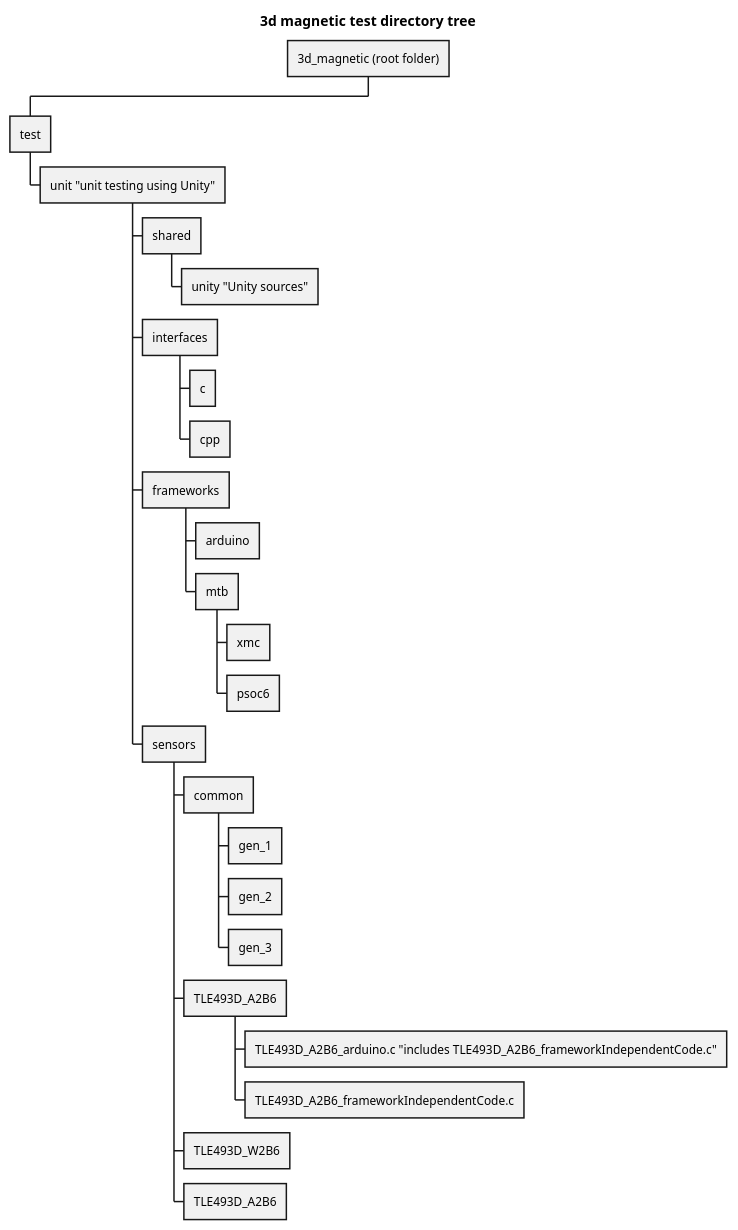
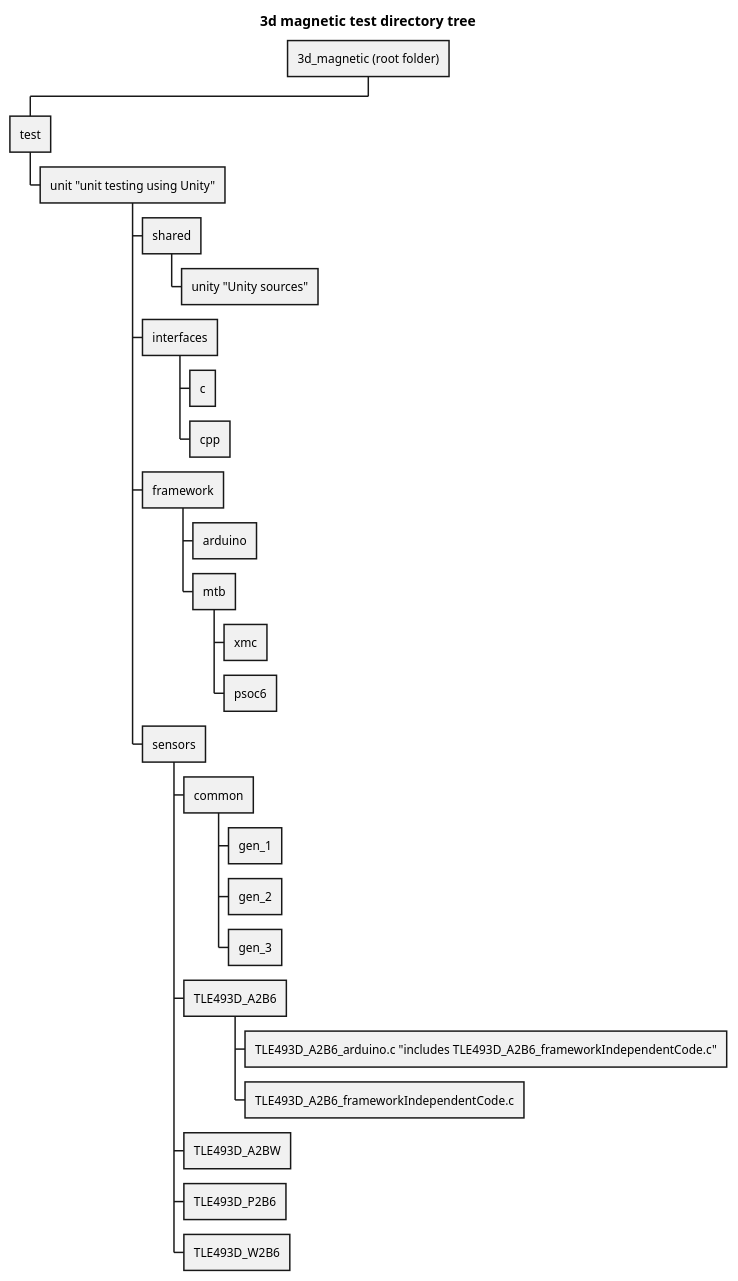
One commit to OlafFilies/magnetic-3d-sensor-tlx493d changed the diagram in doc/plantuml/diagrams/testDirectoryStructure.puml. Above: the diagram before and after it, drawn with PlantUML. The commit also changed 30 other files, not shown here.

```diff
--- a/doc/plantuml/diagrams/testDirectoryStructure.puml
+++ b/doc/plantuml/diagrams/testDirectoryStructure.puml
@@ -1,33 +1,31 @@
 @startwbs
 
 title 3d magnetic test directory tree
 
 * 3d_magnetic (root folder)
-
-
-
 ** test
 '*** unit "test on build platform"
 *** unit "unit testing using Unity"
 **** shared
 ***** unity "Unity sources"
 **** interfaces
 ***** c
 ***** cpp
-**** frameworks
+**** framework
 ***** arduino
 ***** mtb
 ****** xmc
 ****** psoc6
 **** sensors
 ***** common
 ****** gen_1
 ****** gen_2
 ****** gen_3
 ***** TLE493D_A2B6
 ****** TLE493D_A2B6_arduino.c "includes TLE493D_A2B6_frameworkIndependentCode.c"
 ****** TLE493D_A2B6_frameworkIndependentCode.c
+***** TLE493D_A2BW
+***** TLE493D_P2B6
 ***** TLE493D_W2B6
-***** TLE493D_A2B6
 
 @endwbs
```
